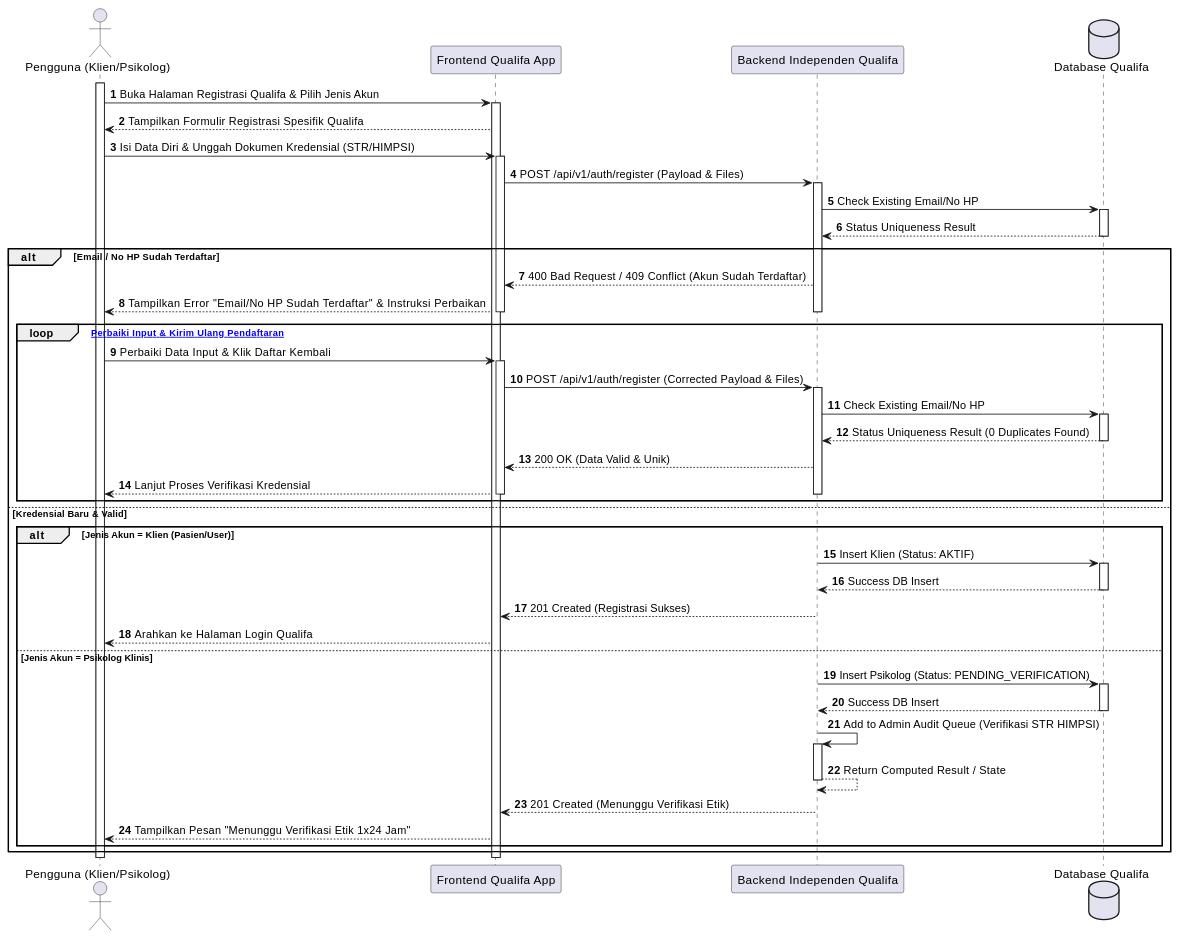
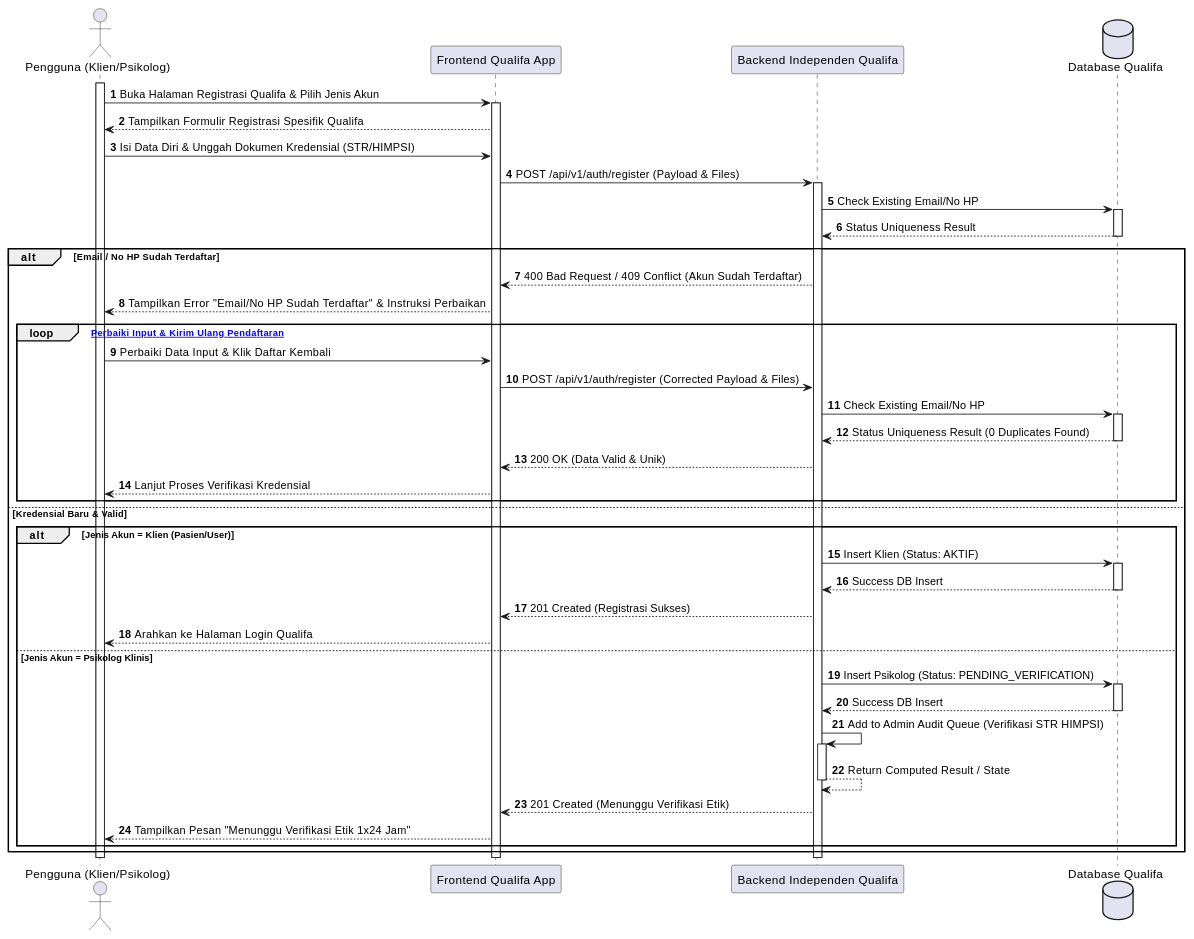
One commit to tupperwureism/SuperApp-Gagal changed diagram 16 of 27 in MarkDown/plantuml_sequence_diagrams.md. Above: the diagram before and after it, drawn with PlantUML. The commit also changed other lines of this file and 3 other files, not shown here.

Commit message:
fix(uml): enforce Continuous Activation Rule across alt/else/loop branches in SD-J-01, SD-Q-01, SD-J-02, SD-Q-02, SD-J-04, SD-Q-04, and SD-J-07 by removing premature deactivations and standalone activates

````diff
--- a/MarkDown/plantuml_sequence_diagrams.md
+++ b/MarkDown/plantuml_sequence_diagrams.md
@@ -904,55 +873,49 @@
 ```plantuml
 @startuml
 autonumber
 actor "Pengguna (Klien/Psikolog)" as User
 participant "Frontend Qualifa App" as FE
 participant "Backend Independen Qualifa" as BE
 database "Database Qualifa" as DB
 
 activate User
 User -> FE ++ : Buka Halaman Registrasi Qualifa & Pilih Jenis Akun
 FE --> User : Tampilkan Formulir Registrasi Spesifik Qualifa
-User -> FE ++ : Isi Data Diri & Unggah Dokumen Kredensial (STR/HIMPSI)
+User -> FE : Isi Data Diri & Unggah Dokumen Kredensial (STR/HIMPSI)
 FE -> BE ++ : POST /api/v1/auth/register (Payload & Files)
 
 BE -> DB ++ : Check Existing Email/No HP
 DB --> BE -- : Status Uniqueness Result
 
 alt Email / No HP Sudah Terdaftar
     BE --> FE : 400 Bad Request / 409 Conflict (Akun Sudah Terdaftar)
     FE --> User : Tampilkan Error "Email/No HP Sudah Terdaftar" & Instruksi Perbaikan
-    deactivate BE
-    deactivate FE
     
     loop [Coba Perbaiki Input & Kirim Ulang Pendaftaran]
-        User -> FE ++ : Perbaiki Data Input & Klik Daftar Kembali
-        FE -> BE ++ : POST /api/v1/auth/register (Corrected Payload & Files)
+        User -> FE : Perbaiki Data Input & Klik Daftar Kembali
+        FE -> BE : POST /api/v1/auth/register (Corrected Payload & Files)
         BE -> DB ++ : Check Existing Email/No HP
         DB --> BE -- : Status Uniqueness Result (0 Duplicates Found)
         BE --> FE : 200 OK (Data Valid & Unik)
         FE --> User : Lanjut Proses Verifikasi Kredensial
-        deactivate BE
-        deactivate FE
     end
 else Kredensial Baru & Valid
-    activate BE
-    activate FE
     alt Jenis Akun = Klien (Pasien/User)
         BE -> DB ++ : Insert Klien (Status: AKTIF)
         DB --> BE -- : Success DB Insert
         BE --> FE : 201 Created (Registrasi Sukses)
         FE --> User : Arahkan ke Halaman Login Qualifa
     else Jenis Akun = Psikolog Klinis
         BE -> DB ++ : Insert Psikolog (Status: PENDING_VERIFICATION)
         DB --> BE -- : Success DB Insert
         BE -> BE ++ : Add to Admin Audit Queue (Verifikasi STR HIMPSI)
         BE --> BE -- : Return Computed Result / State
         BE --> FE : 201 Created (Menunggu Verifikasi Etik)
         FE --> User : Tampilkan Pesan "Menunggu Verifikasi Etik 1x24 Jam"
     end
 end
 deactivate BE
 deactivate FE
 deactivate User
 @enduml
 ```
````
